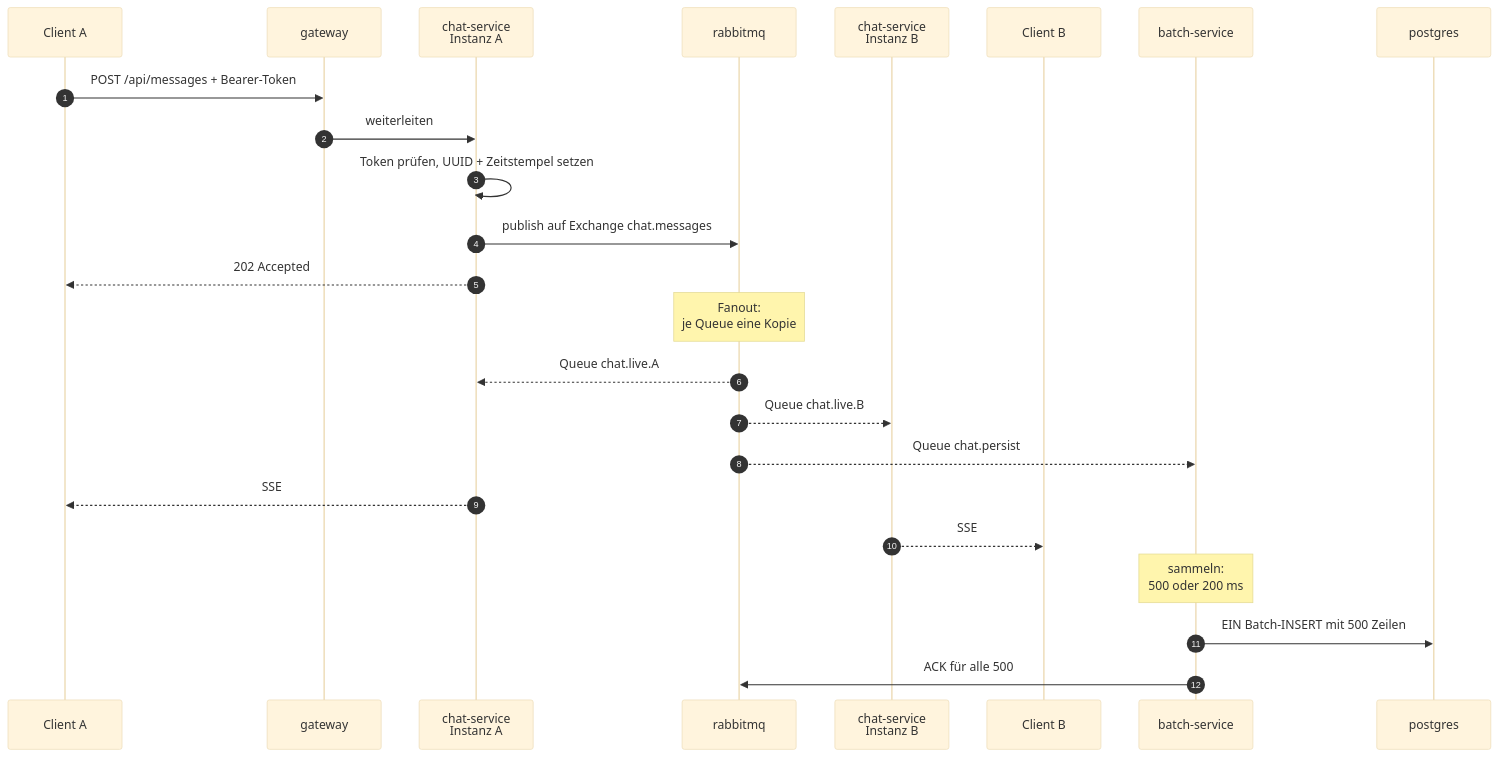
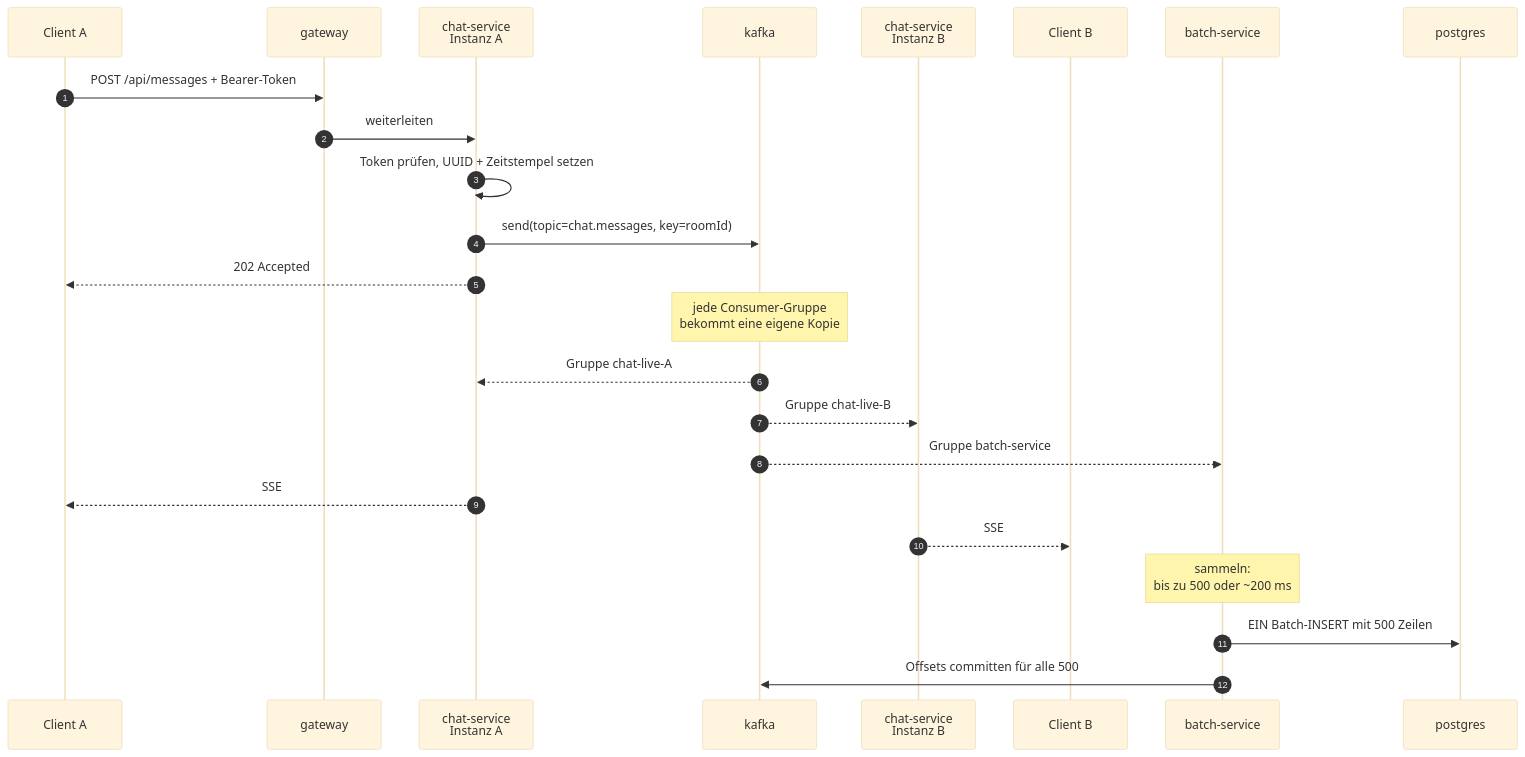
Before and after one commit to BlerjonAsllani/it3b-m321: the second of 3 diagrams in PLANUNG.md, drawn with Mermaid (base theme). The commit also changed other lines of this file and 3 other files, not shown here.

First line of the commit message:
docs: Broker von RabbitMQ auf Kafka umstellen

````diff
--- a/PLANUNG.md
+++ b/PLANUNG.md
@@ -108,27 +115,27 @@
 ```mermaid
 sequenceDiagram
   autonumber
   participant C as Client A
   participant G as gateway
   participant A as chat-service<br/>Instanz A
-  participant MQ as rabbitmq
+  participant K as kafka
   participant B as chat-service<br/>Instanz B
   participant C2 as Client B
   participant BS as batch-service
   participant DB as postgres
 
   C->>G: POST /api/messages + Bearer-Token
   G->>A: weiterleiten
   A->>A: Token prüfen, UUID + Zeitstempel setzen
-  A->>MQ: publish auf Exchange chat.messages
+  A->>K: send(topic=chat.messages, key=roomId)
   A-->>C: 202 Accepted
-  Note over MQ: Fanout:<br/>je Queue eine Kopie
-  MQ-->>A: Queue chat.live.A
-  MQ-->>B: Queue chat.live.B
-  MQ-->>BS: Queue chat.persist
+  Note over K: jede Consumer-Gruppe<br/>bekommt eine eigene Kopie
+  K-->>A: Gruppe chat-live-A
+  K-->>B: Gruppe chat-live-B
+  K-->>BS: Gruppe batch-service
   A-->>C: SSE
   B-->>C2: SSE
-  Note over BS: sammeln:<br/>500 oder 200 ms
+  Note over BS: sammeln:<br/>bis zu 500 oder ~200 ms
   BS->>DB: EIN Batch-INSERT mit 500 Zeilen
-  BS->>MQ: ACK für alle 500
+  BS->>K: Offsets committen für alle 500
 ```
````
